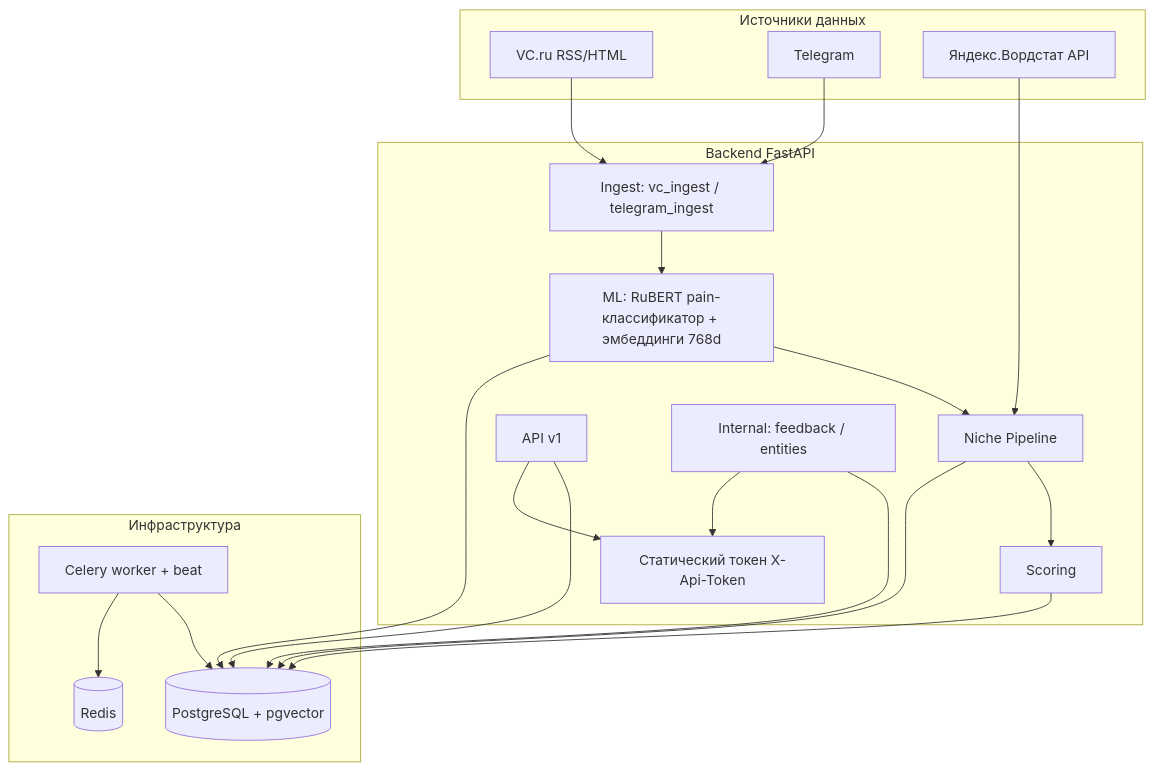
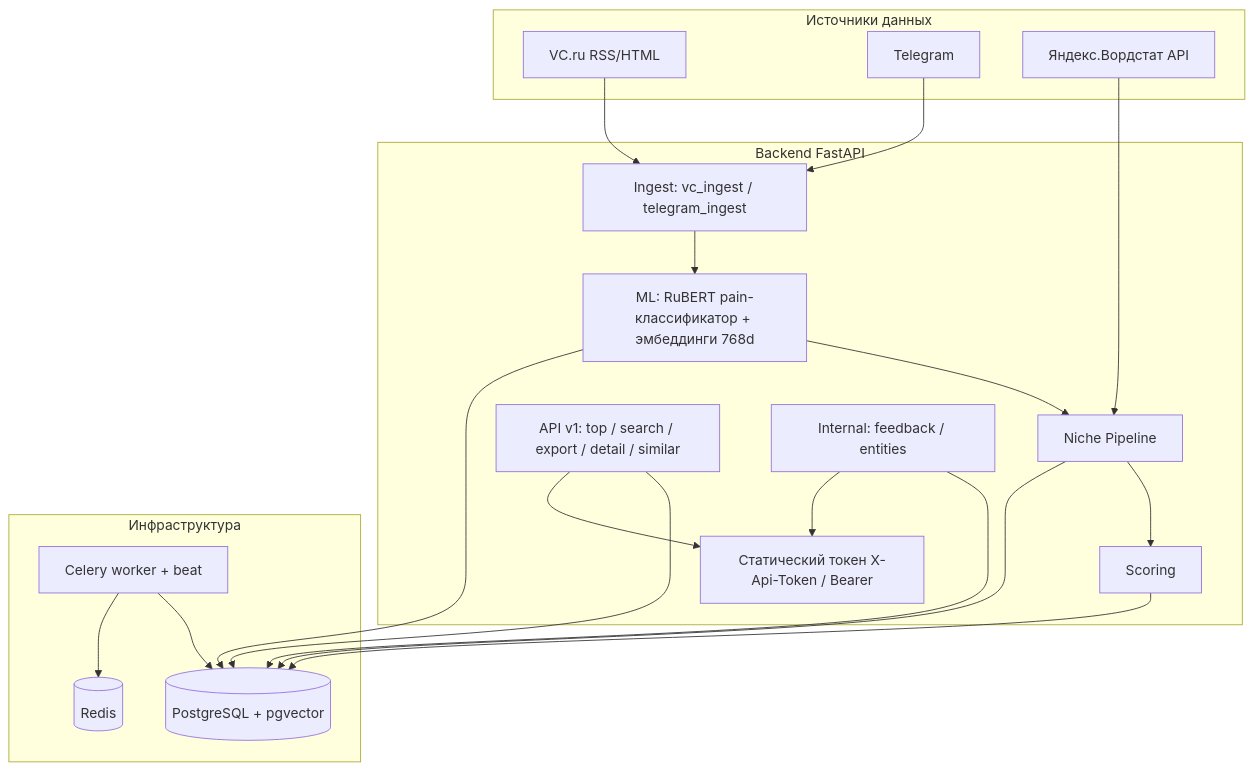
The diagram in PROJECT_MAP.md (readlymayson/saas-niche-finder), drawn with Mermaid before and after one commit. The commit also changed other lines of this file and 3 other files, not shown here.

````diff
--- a/PROJECT_MAP.md
+++ b/PROJECT_MAP.md
@@ -11,37 +11,37 @@
 ```mermaid
 graph TD
     subgraph Sources[Источники данных]
         VC[VC.ru RSS/HTML]
         TG[Telegram]
         WS[Яндекс.Вордстат API]
     end
 
     subgraph Backend[Backend FastAPI]
         ING[Ingest: vc_ingest / telegram_ingest]
         ML[ML: RuBERT pain-классификатор + эмбеддинги 768d]
         PIPE[Niche Pipeline]
         SCORE[Scoring]
-        APIv1[API v1]
+        APIv1[API v1: top / search / export / detail / similar]
         INT[Internal: feedback / entities]
-        AUTH[Статический токен X-Api-Token]
+        AUTH[Статический токен X-Api-Token / Bearer]
     end
 
     subgraph Infra[Инфраструктура]
         PG[(PostgreSQL + pgvector)]
         RD[(Redis)]
         CQ[Celery worker + beat]
     end
 
     VC --> ING
     TG --> ING
     WS --> PIPE
     ING --> ML --> PIPE --> SCORE
     SCORE --> PG
     ML --> PG
     PIPE --> PG
     CQ --> PG & RD
     APIv1 --> PG
     INT --> PG
     APIv1 --> AUTH
     INT --> AUTH
 ```
````
